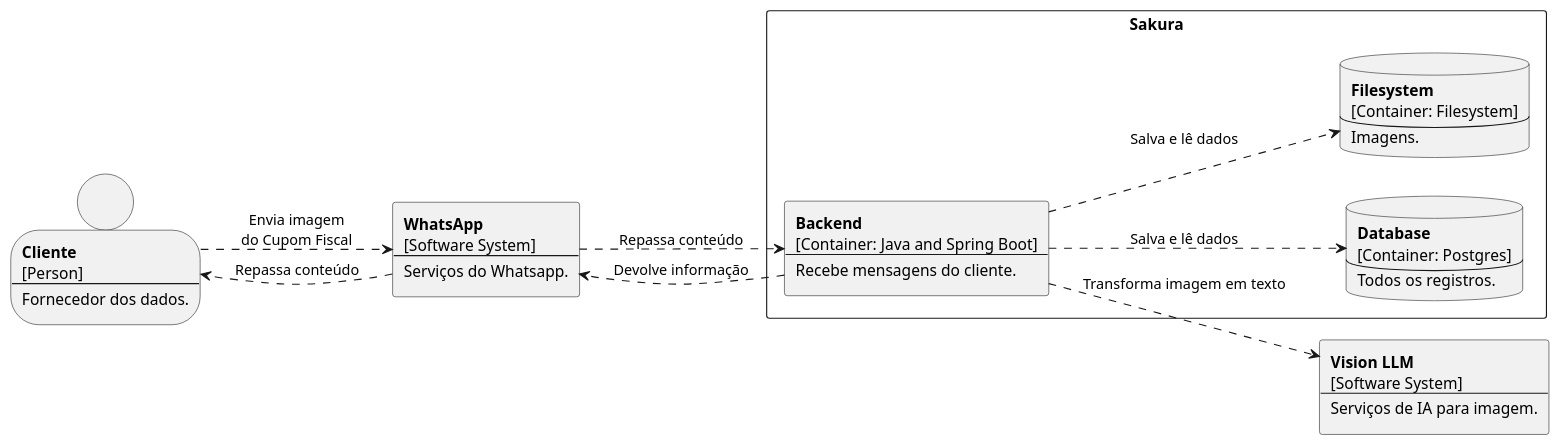
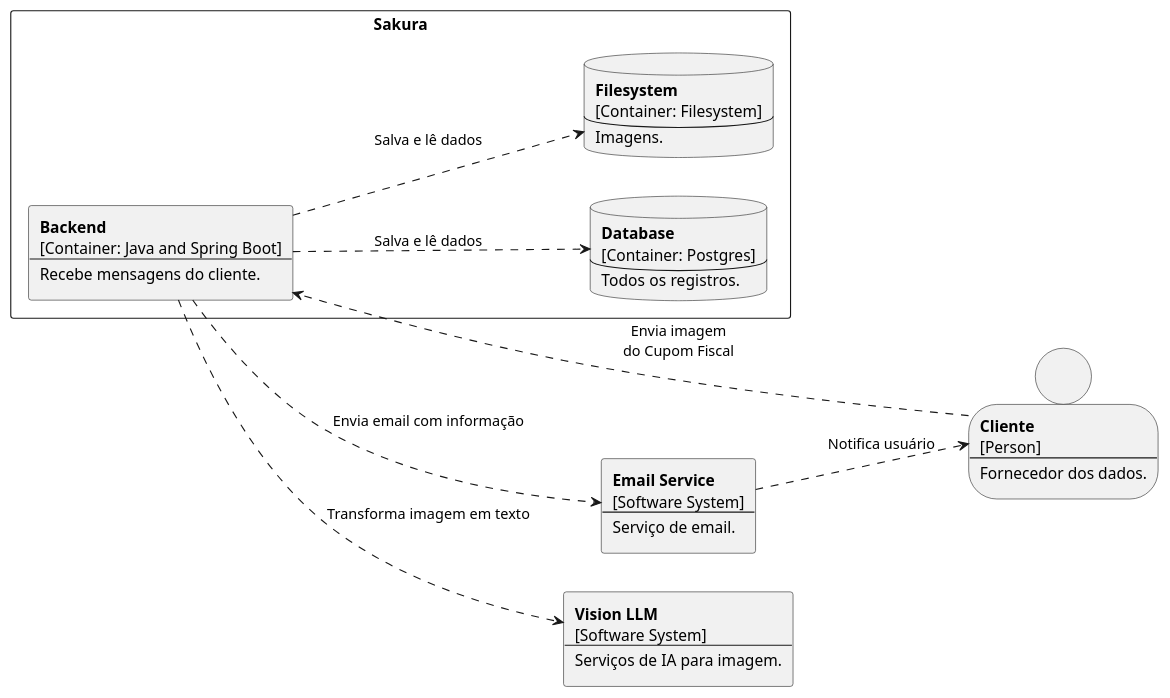
The diagram in doc/c4-diagrams/2-container-diagram.plantuml (alvarengacarlos/Sakura), drawn with PlantUML before and after one commit. The commit also changed 2 other files, not shown here.

Commit message:
Updates C4 diagrams to the new architecture

```diff
--- a/doc/c4-diagrams/2-container-diagram.plantuml
+++ b/doc/c4-diagrams/2-container-diagram.plantuml
@@ -1,55 +1,54 @@
 @startuml
 left to right direction
 
 person C [
 <b>Cliente</b>
 [Person]
 ---
 Fornecedor dos dados.
 ]
 
-rectangle W [
-<b>WhatsApp</b>
+rectangle E [
+<b>Email Service</b>
 [Software System]
 ---
-Serviços do Whatsapp.
+Serviço de email.
 ]
 
 rectangle Sakura as S {
     rectangle B [
     <b>Backend</b>
     [Container: Java and Spring Boot]
     ---
     Recebe mensagens do cliente.
     ]
 
     database DB [
     <b>Database</b>
     [Container: Postgres]
     ---
     Todos os registros.
     ]
 
     database FS [
     <b>Filesystem</b>
     [Container: Filesystem]
     ---
     Imagens.
     ]
 }
 
 rectangle VIA [
 <b>Vision LLM</b>
 [Software System]
 ---
 Serviços de IA para imagem.
 ]
 
-C ..> W : Envia imagem\ndo Cupom Fiscal
-W ..> B : Repassa conteúdo
+C ..> B : Envia imagem\ndo Cupom Fiscal
 B ..> VIA : Transforma imagem em texto
 B ..> DB : Salva e lê dados
 B ..> FS : Salva e lê dados
-B ..> W : Devolve informação
-W ..> C : Repassa conteúdo
+B ..> E : Envia email com informação
+E ..> C : Notifica usuário
 @enduml
```
